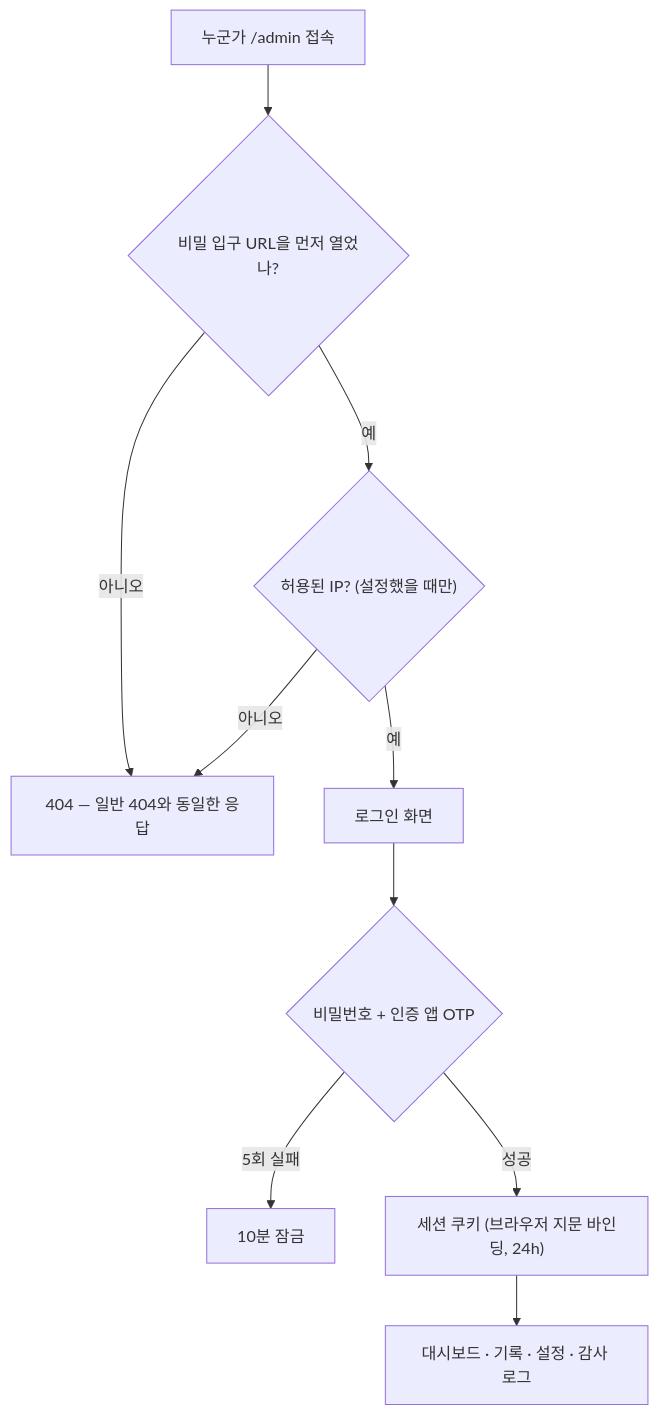
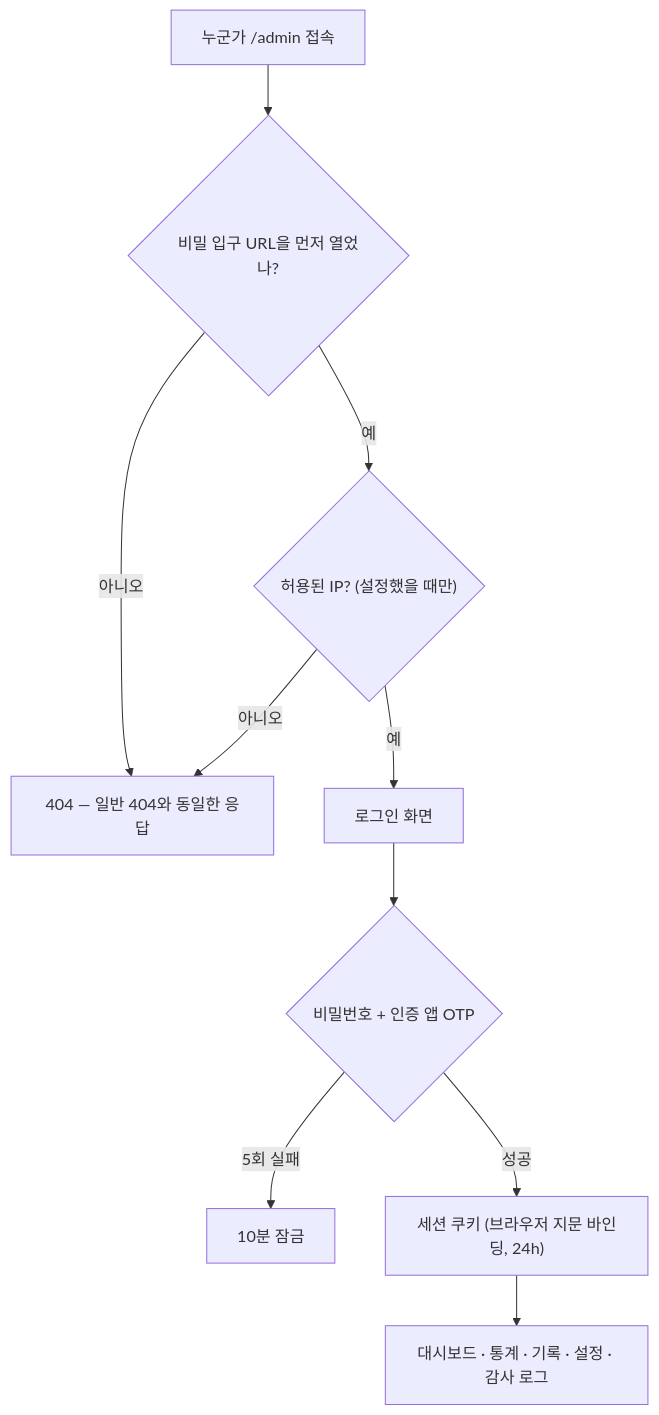
Before and after one commit to vittroi384/qr-web: the second of 2 diagrams in README.md, drawn with Mermaid.

Commit message:
README 흐름도에 통계 탭 반영

````diff
--- a/README.md
+++ b/README.md
@@ -106,10 +106,10 @@
 ```mermaid
 flowchart TD
   X["누군가 /admin 접속"] --> G{"비밀 입구 URL을 먼저 열었나?"}
   G -- 아니오 --> N["404 — 일반 404와 동일한 응답"]
   G -- 예 --> I{"허용된 IP? (설정했을 때만)"}
   I -- 아니오 --> N
   I -- 예 --> L["로그인 화면"] --> PW{"비밀번호 + 인증 앱 OTP"}
   PW -- 5회 실패 --> LOCK["10분 잠금"]
-  PW -- 성공 --> SES["세션 쿠키 (브라우저 지문 바인딩, 24h)"] --> ADM["대시보드 · 기록 · 설정 · 감사 로그"]
+  PW -- 성공 --> SES["세션 쿠키 (브라우저 지문 바인딩, 24h)"] --> ADM["대시보드 · 통계 · 기록 · 설정 · 감사 로그"]
 ```
````
